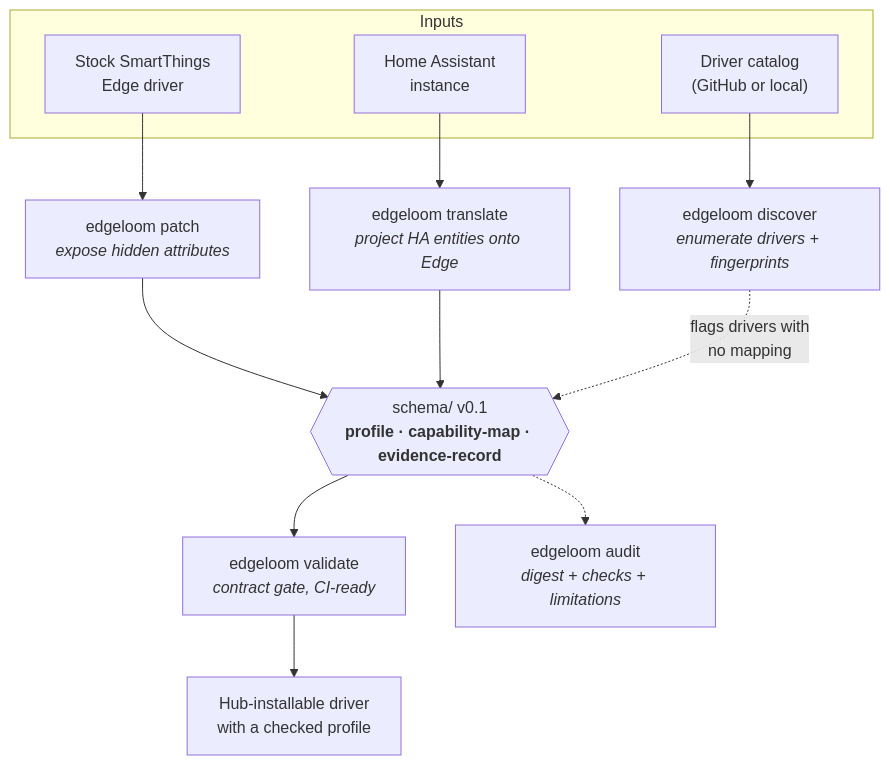
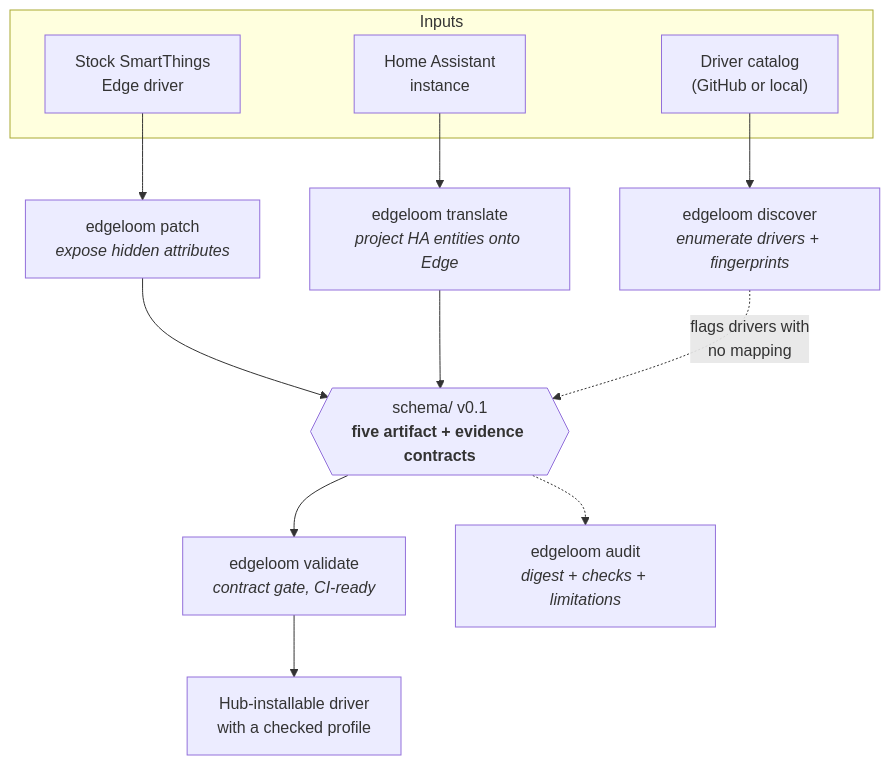
Before and after one commit to edgeloom-oss/edgeloom: the diagram in README.md, drawn with Mermaid. The commit also changed other lines of this file and 14 other files, not shown here.

````diff
--- a/README.md
+++ b/README.md
@@ -25,22 +25,22 @@
 ```mermaid
 flowchart TD
     subgraph inputs [Inputs]
         A["Stock SmartThings<br/>Edge driver"]
         B["Home Assistant<br/>instance"]
         C["Driver catalog<br/>(GitHub or local)"]
     end
 
     A --> P["edgeloom patch<br/><i>expose hidden attributes</i>"]
     B --> T["edgeloom translate<br/><i>project HA entities onto Edge</i>"]
     C --> D["edgeloom discover<br/><i>enumerate drivers + fingerprints</i>"]
 
     P --> S
     T --> S
     D -.->|"flags drivers with<br/>no mapping"| S
 
-    S{{"schema/ v0.1<br/><b>profile · capability-map · evidence-record</b>"}}
+    S{{"schema/ v0.1<br/><b>five artifact + evidence contracts</b>"}}
 
     S --> V["edgeloom validate<br/><i>contract gate, CI-ready</i>"]
     V --> O["Hub-installable driver<br/>with a checked profile"]
     S -.-> E["edgeloom audit<br/><i>digest + checks + limitations</i>"]
 ```
````
